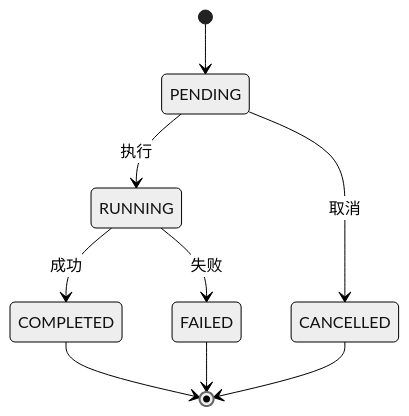
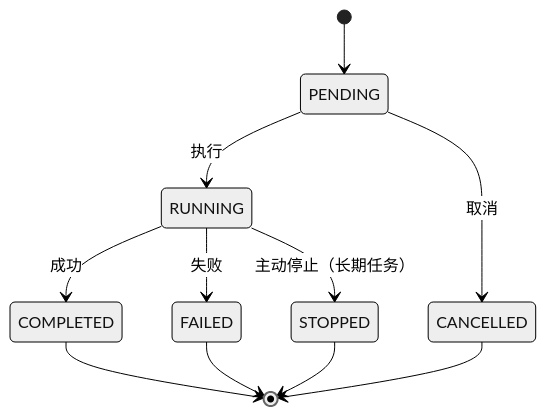
Before and after one commit to KKPIP-Tech/InstructionX: the first of 3 diagrams in docs/core/background-task/overview.md, drawn with Mermaid (neutral theme). The commit also changed other lines of this file and 28 other files, not shown here.

````diff
--- a/docs/core/background-task/overview.md
+++ b/docs/core/background-task/overview.md
@@ -129,11 +130,13 @@
 ```mermaid
 stateDiagram-v2
     [*] --> PENDING
     PENDING --> RUNNING: 执行
     PENDING --> CANCELLED: 取消
     RUNNING --> COMPLETED: 成功
     RUNNING --> FAILED: 失败
+    RUNNING --> STOPPED: 主动停止（长期任务）
     COMPLETED --> [*]
     FAILED --> [*]
     CANCELLED --> [*]
+    STOPPED --> [*]
 ```
````
